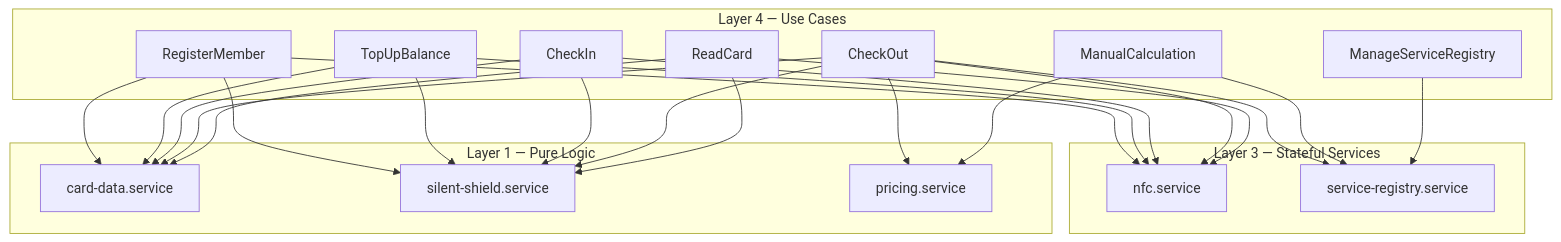
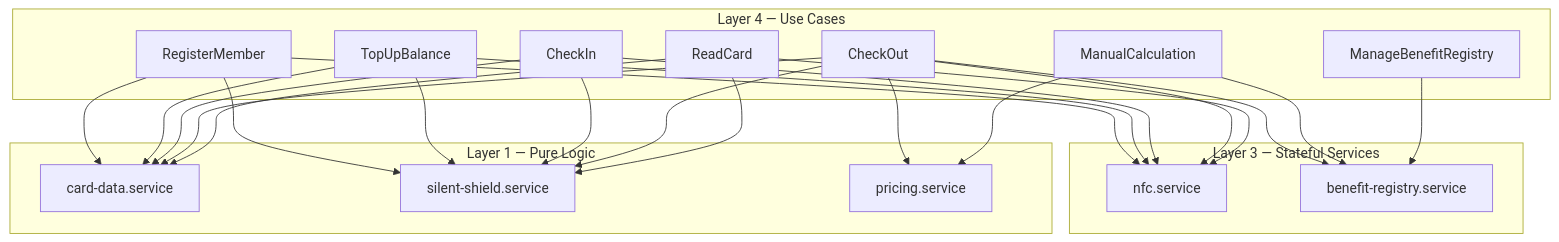
The fifth of 5 diagrams in docs/wiki/membership-benefit-card/09-Phase-Reports/Phase-4-Report.md (widdestoyud/assesment-s1-2026), drawn with Mermaid before and after one commit. The commit also changed other lines of this file and 31 other files, not shown here.

First line of the commit message:
docs(mbc): Update all documentation for ServiceType to BenefitType rename

````diff
--- a/docs/wiki/membership-benefit-card/09-Phase-Reports/Phase-4-Report.md
+++ b/docs/wiki/membership-benefit-card/09-Phase-Reports/Phase-4-Report.md
@@ -279,44 +279,44 @@
 ```mermaid
 graph TB
     subgraph "Layer 4 — Use Cases"
         RM[RegisterMember]
         TU[TopUpBalance]
         CI[CheckIn]
         CO[CheckOut]
         RC[ReadCard]
         MC[ManualCalculation]
-        MSR[ManageServiceRegistry]
+        MSR[ManageBenefitRegistry]
     end
 
     subgraph "Layer 3 — Stateful Services"
         NS[nfc.service]
-        SRS[service-registry.service]
+        SRS[benefit-registry.service]
     end
 
     subgraph "Layer 1 — Pure Logic"
         CDS[card-data.service]
         SSS[silent-shield.service]
         PS[pricing.service]
     end
 
     RM --> NS
     RM --> CDS
     RM --> SSS
     TU --> NS
     TU --> CDS
     TU --> SSS
     CI --> NS
     CI --> CDS
     CI --> SSS
     CO --> NS
     CO --> CDS
     CO --> SSS
     CO --> PS
     CO --> SRS
     RC --> NS
     RC --> CDS
     RC --> SSS
     MC --> PS
     MC --> SRS
     MSR --> SRS
 ```
````
